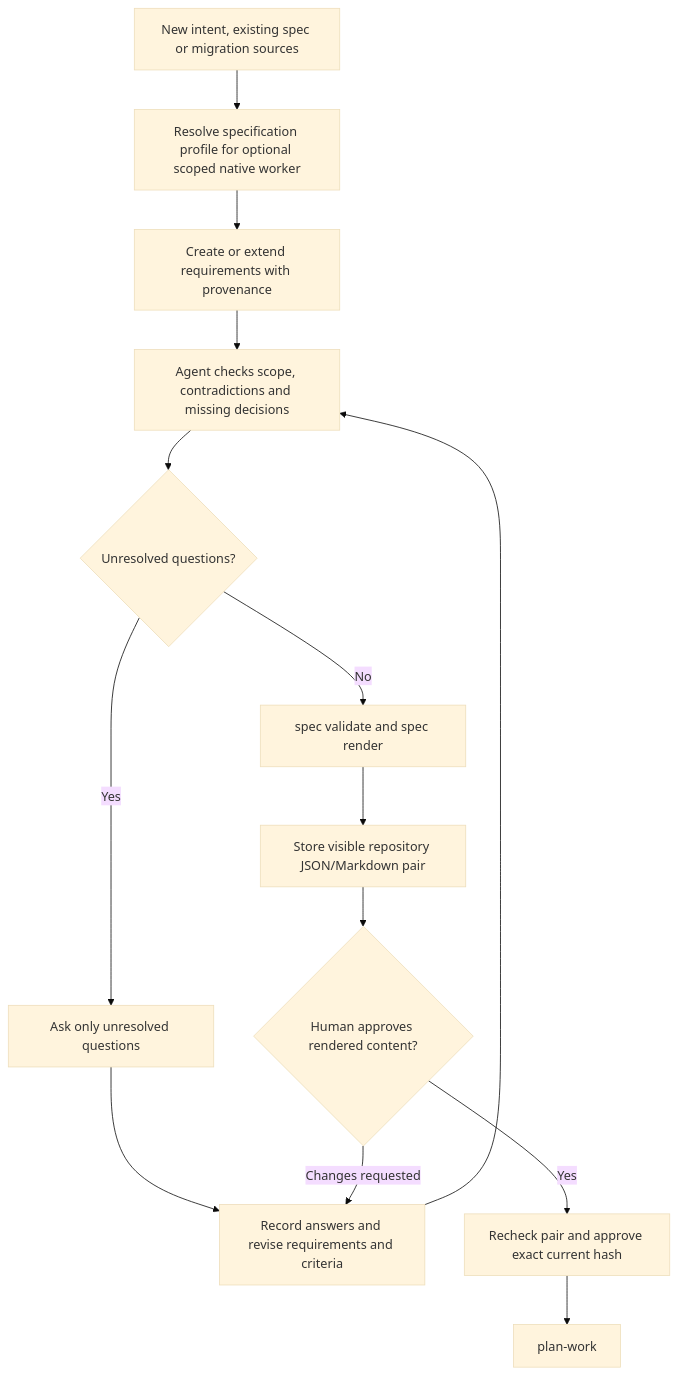
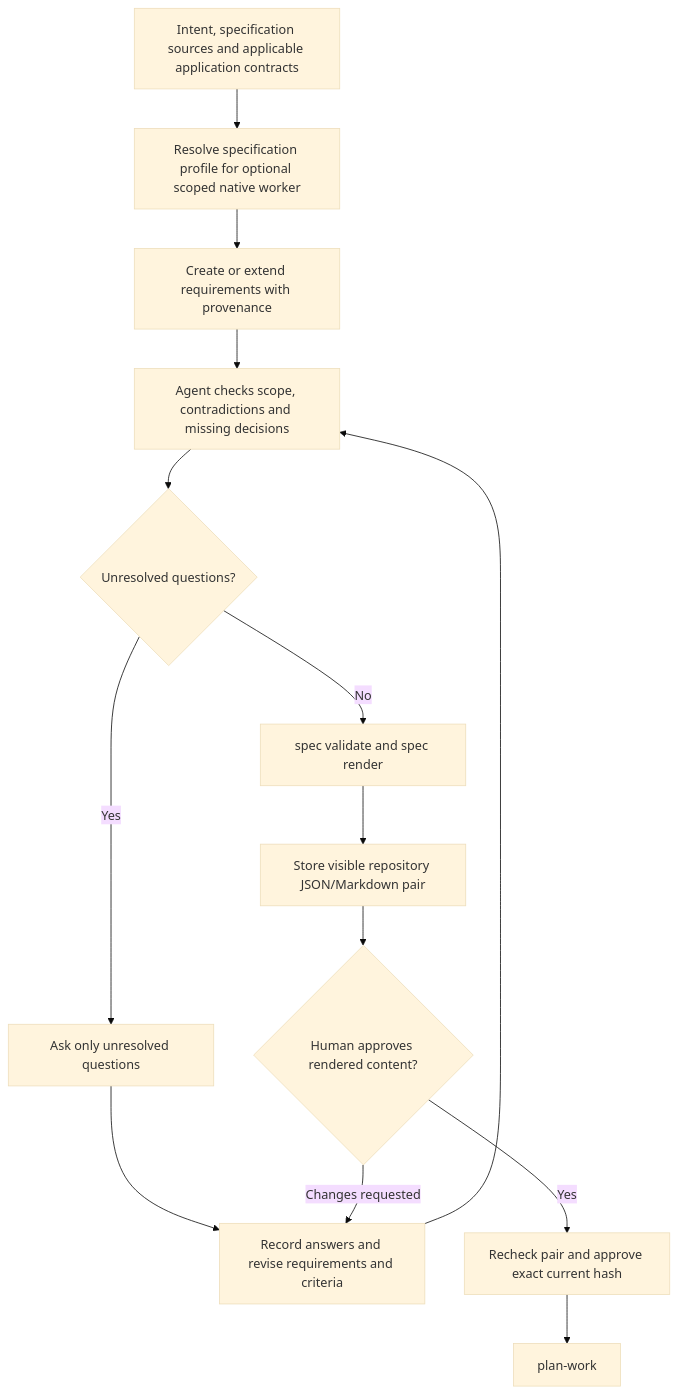
One commit to wgentil/devflow changed the diagram in skills/specify/SKILL.md. Above: the diagram before and after it, drawn with Mermaid (base theme). The commit also changed other lines of this file and 34 other files, not shown here.

Commit message:
Require governing reassessment and preserve application contracts

````diff
--- a/skills/specify/SKILL.md
+++ b/skills/specify/SKILL.md
@@ -10,16 +10,16 @@
 ```mermaid
 flowchart TD
-    Input["New intent, existing spec or migration sources"] --> Native["Resolve specification profile for optional scoped native worker"]
+    Input["Intent, specification sources and applicable application contracts"] --> Native["Resolve specification profile for optional scoped native worker"]
     Native --> Draft["Create or extend requirements with provenance"]
     Draft --> Inspect["Agent checks scope, contradictions and missing decisions"]
     Inspect --> Gaps{"Unresolved questions?"}
     Gaps -->|Yes| Ask["Ask only unresolved questions"]
     Ask --> Revise["Record answers and revise requirements and criteria"]
     Revise --> Inspect
     Gaps -->|No| Validate["spec validate and spec render"]
     Validate --> Store["Store visible repository JSON/Markdown pair"]
     Store --> Human{"Human approves rendered content?"}
     Human -->|Changes requested| Revise
     Human -->|Yes| Approve["Recheck pair and approve exact current hash"]
     Approve --> Plan["plan-work"]
 ```
````
